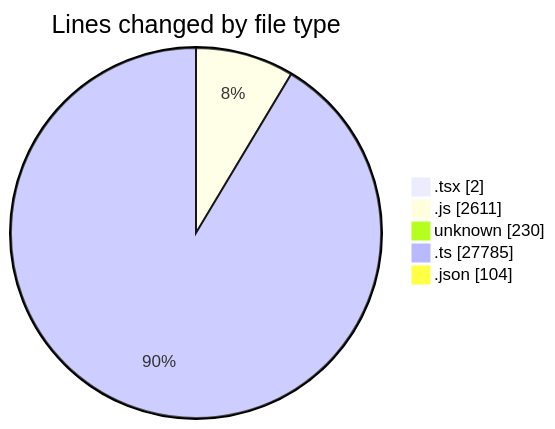
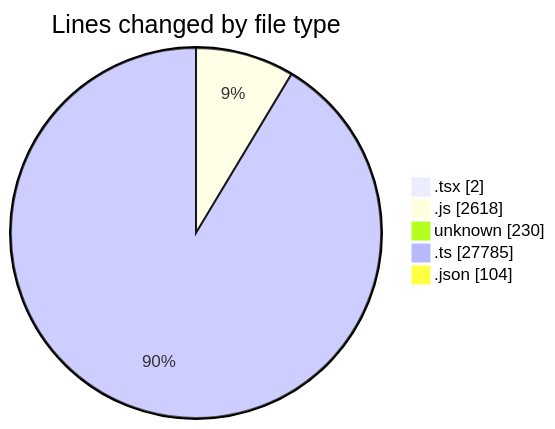
Before and after one commit to momahboobian/code-tracking: the first of 2 diagrams in 2026-05-06/cda/README.md, drawn with Mermaid. The commit also changed other lines of this file and 1 other file, not shown here.

````diff
--- a/2026-05-06/cda/README.md
+++ b/2026-05-06/cda/README.md
@@ -36,9 +36,9 @@
 ```mermaid
 pie showData
 title Lines changed by file type
 ".tsx" : 2
-".js" : 2611
+".js" : 2618
 "unknown" : 230
 ".ts" : 27785
 ".json" : 104
 ```
````
